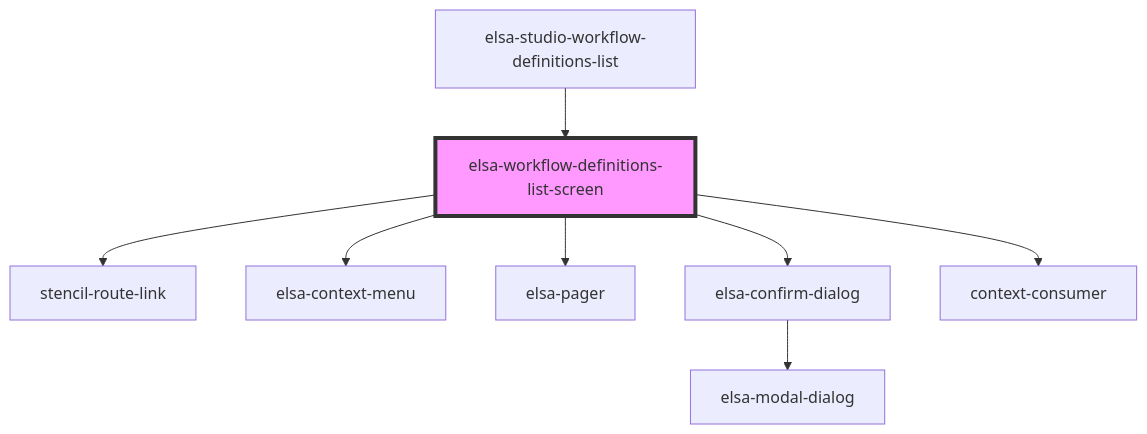
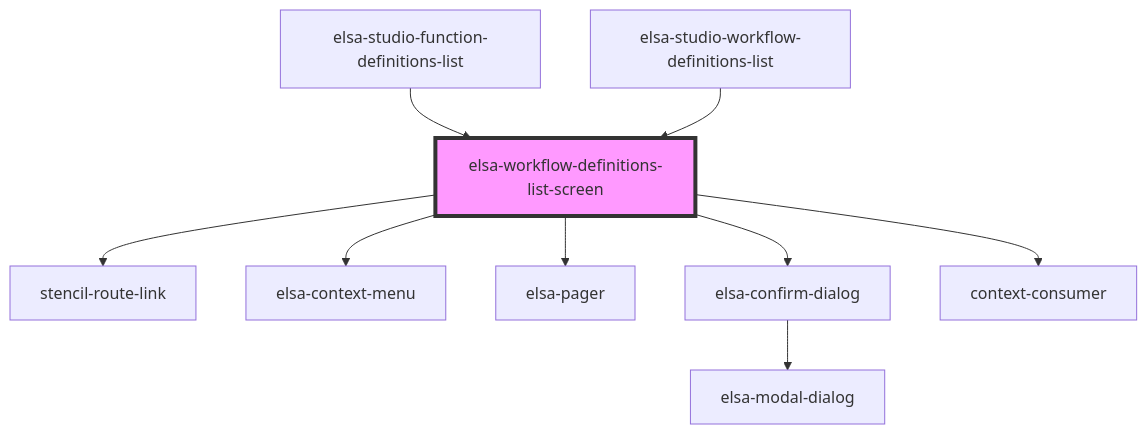
The diagram in src/designer/elsa-workflows-studio/src/components/screens/workflow-definition-list/elsa-workflow-definitions-screen/readme.md (dopi4720/elsa-core), drawn with Mermaid before and after one commit. The commit also changed other lines of this file and 3 other files, not shown here.

````diff
--- a/src/designer/elsa-workflows-studio/src/components/screens/workflow-definition-list/elsa-workflow-definitions-screen/readme.md
+++ b/src/designer/elsa-workflows-studio/src/components/screens/workflow-definition-list/elsa-workflow-definitions-screen/readme.md
@@ -46,11 +47,12 @@
 ```mermaid
 graph TD;
   elsa-workflow-definitions-list-screen --> stencil-route-link
   elsa-workflow-definitions-list-screen --> elsa-context-menu
   elsa-workflow-definitions-list-screen --> elsa-pager
   elsa-workflow-definitions-list-screen --> elsa-confirm-dialog
   elsa-workflow-definitions-list-screen --> context-consumer
   elsa-confirm-dialog --> elsa-modal-dialog
+  elsa-studio-function-definitions-list --> elsa-workflow-definitions-list-screen
   elsa-studio-workflow-definitions-list --> elsa-workflow-definitions-list-screen
   style elsa-workflow-definitions-list-screen fill:#f9f,stroke:#333,stroke-width:4px
 ```
````
